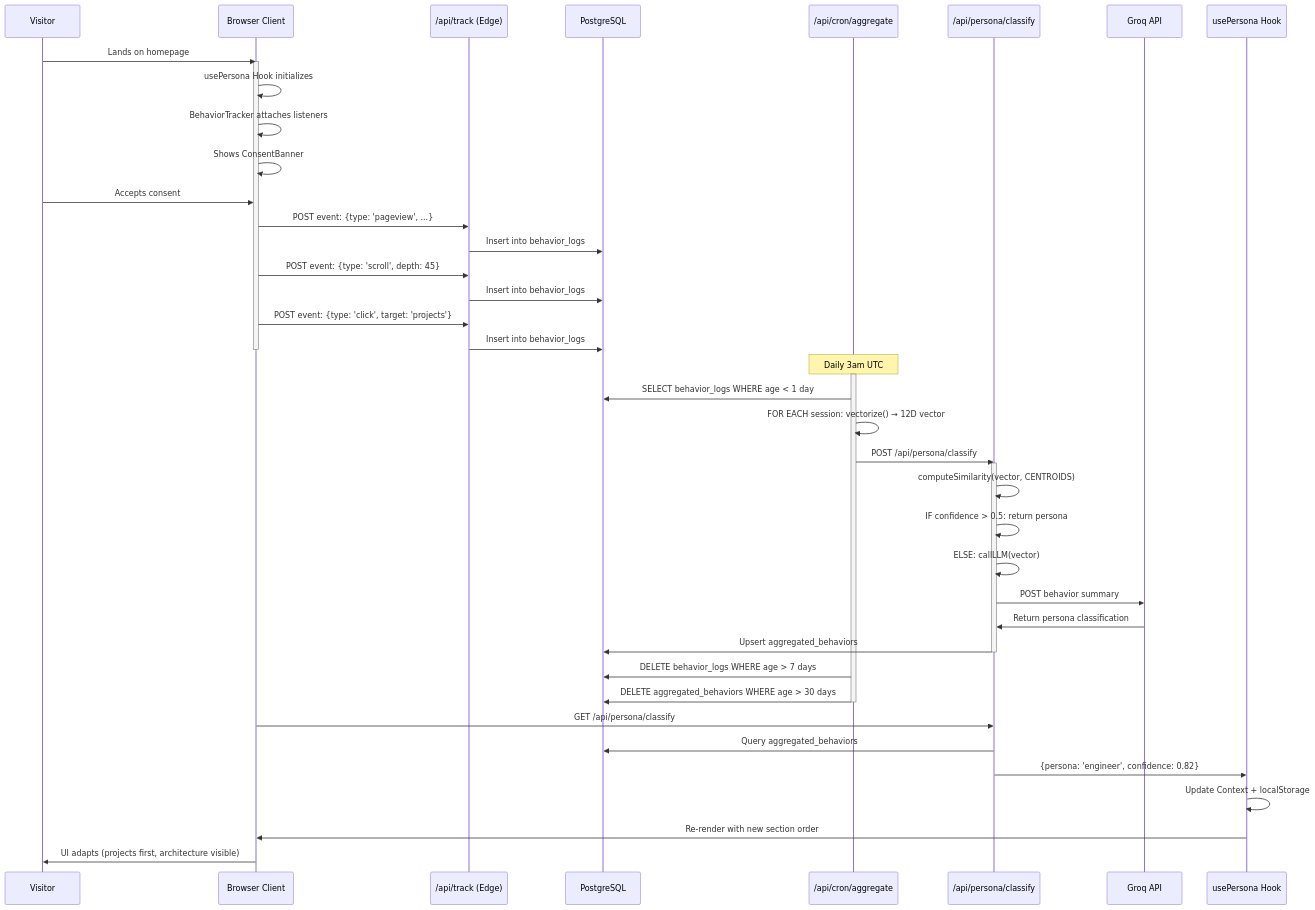
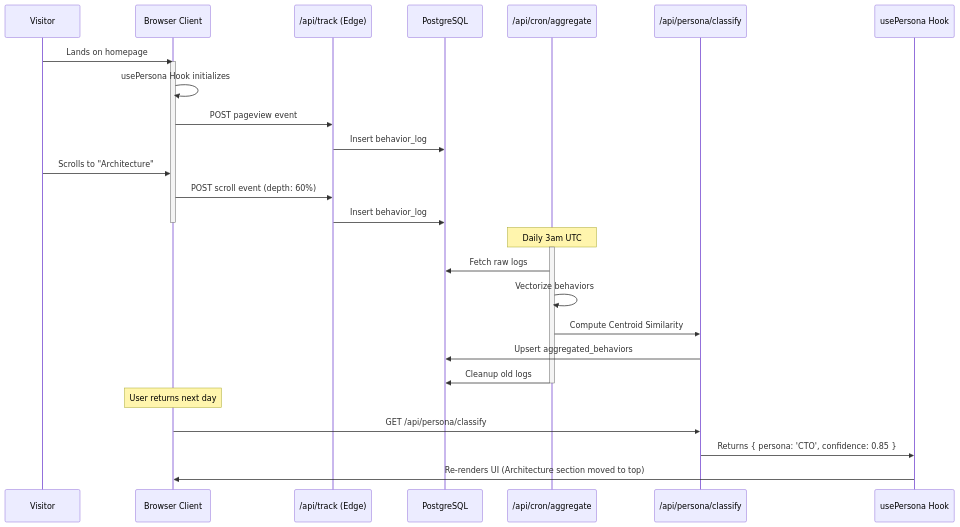
The fourth of 8 diagrams in docs/architecture.md (x-TheFox/portfolio), drawn with Mermaid before and after one commit. The commit also changed other lines of this file, not shown here.

First line of the commit message:
Revise architecture documentation with new diagrams

````diff
--- a/docs/architecture.md
+++ b/docs/architecture.md
@@ -187,51 +154,35 @@
 ```mermaid
 sequenceDiagram
     participant U as Visitor
     participant C as Browser Client
     participant Track as /api/track (Edge)
     participant DB as PostgreSQL
     participant Cron as /api/cron/aggregate
     participant Classify as /api/persona/classify
-    participant Groq as Groq API
     participant Hook as usePersona Hook
 
     U->>C: Lands on homepage
     activate C
     C->>C: usePersona Hook initializes
-    C->>C: BehaviorTracker attaches listeners
-    C->>C: Shows ConsentBanner
+    C->>Track: POST pageview event
+    Track->>DB: Insert behavior_log
     
-    U->>C: Accepts consent
-    
-    C->>Track: POST event: {type: 'pageview', ...}
-    Track->>DB: Insert into behavior_logs
-    C->>Track: POST event: {type: 'scroll', depth: 45}
-    Track->>DB: Insert into behavior_logs
-    C->>Track: POST event: {type: 'click', target: 'projects'}
-    Track->>DB: Insert into behavior_logs
+    U->>C: Scrolls to "Architecture"
+    C->>Track: POST scroll event (depth: 60%)
+    Track->>DB: Insert behavior_log
     deactivate C
     
     Note over Cron: Daily 3am UTC
     activate Cron
-    Cron->>DB: SELECT behavior_logs WHERE age < 1 day
-    Cron->>Cron: FOR EACH session: vectorize() → 12D vector
-    Cron->>Classify: POST /api/persona/classify
-    activate Classify
-    Classify->>Classify: computeSimilarity(vector, CENTROIDS)
-    Classify->>Classify: IF confidence > 0.5: return persona
-    Classify->>Classify: ELSE: callLLM(vector)
-    Classify->>Groq: POST behavior summary
-    Groq->>Classify: Return persona classification
+    Cron->>DB: Fetch raw logs
+    Cron->>Cron: Vectorize behaviors
+    Cron->>Classify: Compute Centroid Similarity
     Classify->>DB: Upsert aggregated_behaviors
-    deactivate Classify
-    Cron->>DB: DELETE behavior_logs WHERE age > 7 days
-    Cron->>DB: DELETE aggregated_behaviors WHERE age > 30 days
+    Cron->>DB: Cleanup old logs
     deactivate Cron
     
+    Note over C: User returns next day
     C->>Classify: GET /api/persona/classify
-    Classify->>DB: Query aggregated_behaviors
-    Classify->>Hook: {persona: 'engineer', confidence: 0.82}
-    Hook->>Hook: Update Context + localStorage
-    Hook->>C: Re-render with new section order
-    C->>U: UI adapts (projects first, architecture visible)
+    Classify->>Hook: Returns { persona: 'CTO', confidence: 0.85 }
+    Hook->>C: Re-renders UI (Architecture section moved to top)
 ```
````
